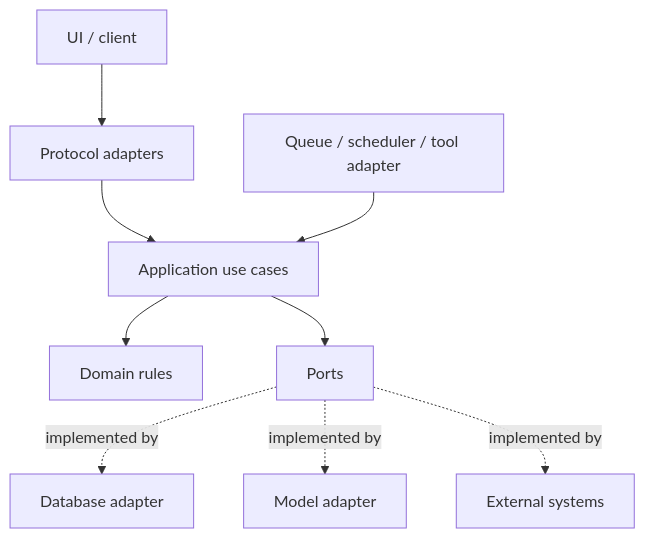
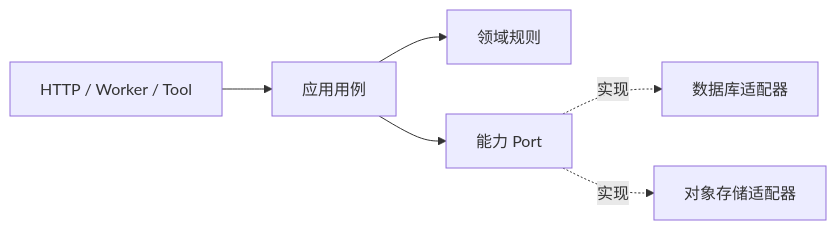
One commit to upJiang/jiang-blog-vitepress changed the diagram in docs/architecture/layered-boundaries.md. Above: the diagram before and after it, drawn with Mermaid. The commit also changed other lines of this file and 164 other files, not shown here.

````diff
--- a/docs/architecture/layered-boundaries.md
+++ b/docs/architecture/layered-boundaries.md
@@ -19,11 +22,8 @@
 ```mermaid
-flowchart TD
-  UI[UI / client] --> API[Protocol adapters]
-  API --> APP[Application use cases]
-  JOB[Queue / scheduler / tool adapter] --> APP
-  APP --> DOMAIN[Domain rules]
-  APP --> PORTS[Ports]
-  PORTS -. implemented by .-> DB[Database adapter]
-  PORTS -. implemented by .-> AI[Model adapter]
-  PORTS -. implemented by .-> EXT[External systems]
+flowchart LR
+  H[HTTP / Worker / Tool] --> A[应用用例]
+  A --> D[领域规则]
+  A --> P[能力 Port]
+  P -. 实现 .-> DB[数据库适配器]
+  P -. 实现 .-> O[对象存储适配器]
 ```
````
